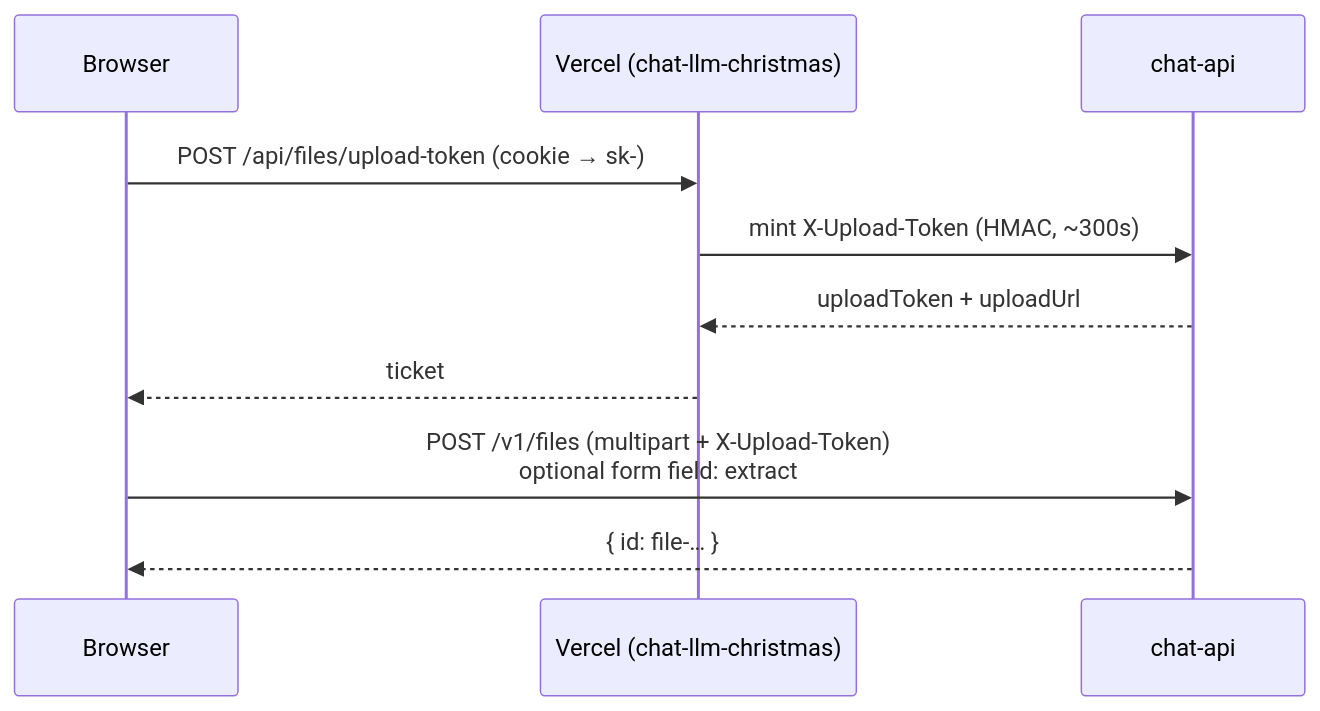
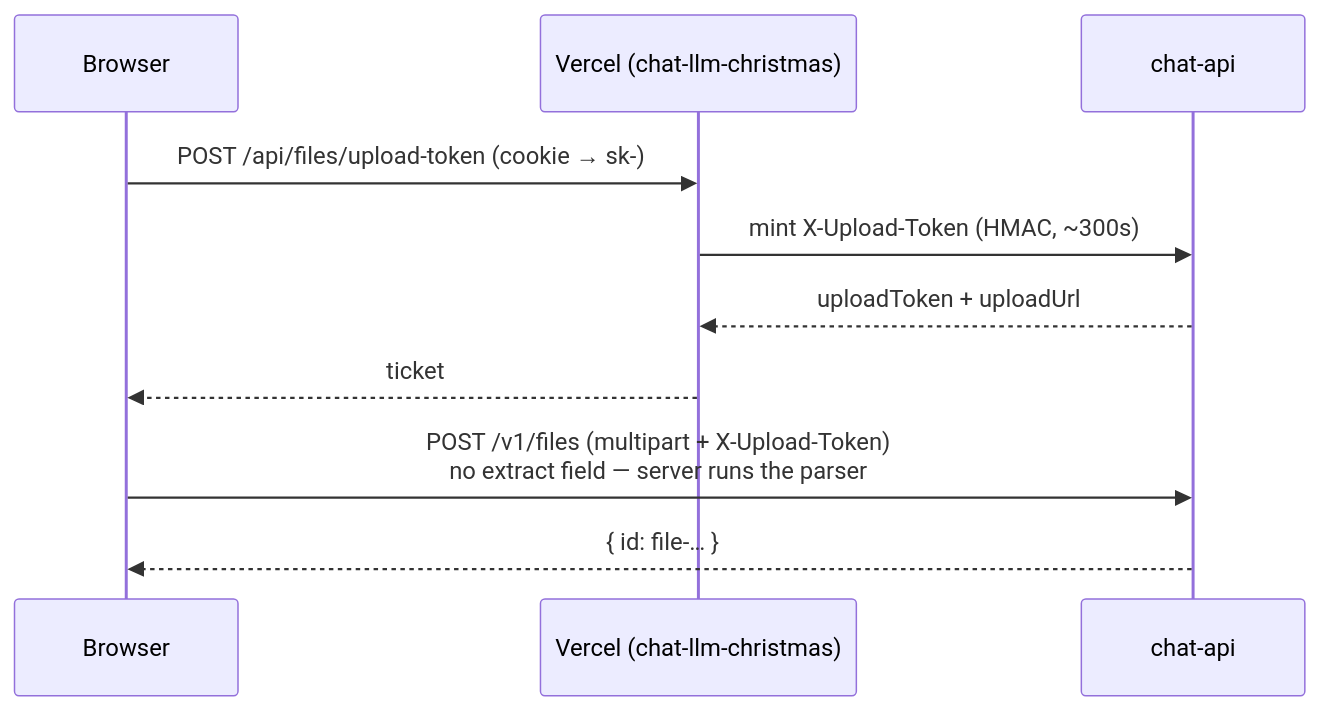
Before and after one commit to counterfactual5/chat-llm-christmas: the first of 3 diagrams in docs/images-and-files.md, drawn with Mermaid. The commit also changed other lines of this file and 26 other files, not shown here.

````diff
--- a/docs/images-and-files.md
+++ b/docs/images-and-files.md
@@ -16,13 +16,13 @@
 ```mermaid
 sequenceDiagram
   participant B as Browser
   participant V as Vercel (chat-llm-christmas)
   participant A as chat-api
 
   B->>V: POST /api/files/upload-token (cookie → sk-)
   V->>A: mint X-Upload-Token (HMAC, ~300s)
   A-->>V: uploadToken + uploadUrl
   V-->>B: ticket
-  B->>A: POST /v1/files (multipart + X-Upload-Token)<br/>optional form field: extract
+  B->>A: POST /v1/files (multipart + X-Upload-Token)<br/>no extract field — server runs the parser
   A-->>B: { id: file-… }
 ```
````
